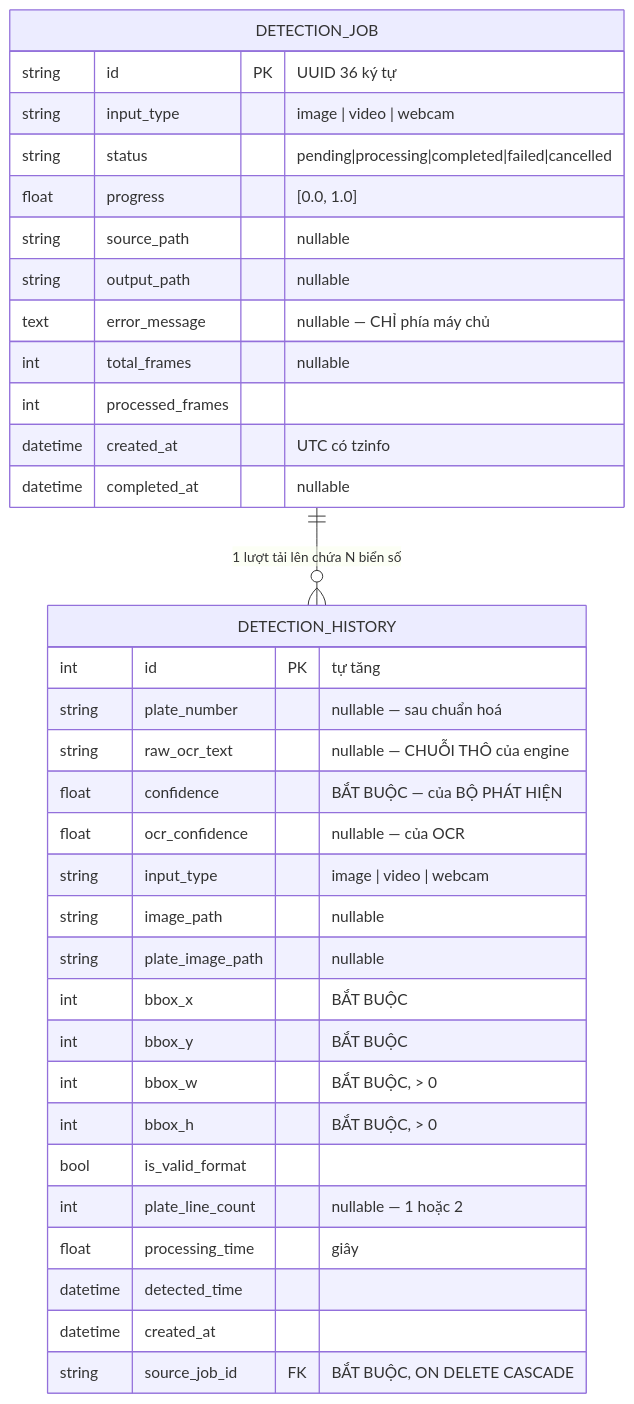
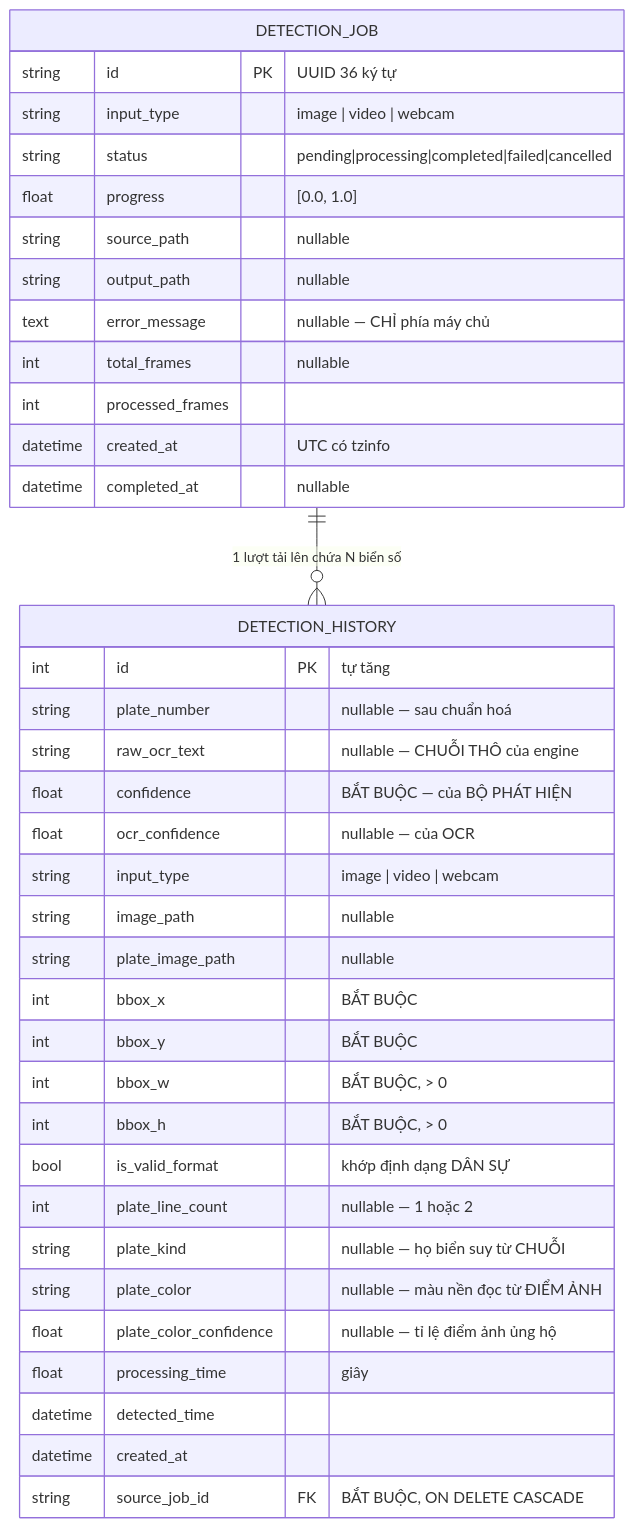
Before and after one commit to hieunguyen2604/alpr-do-an-mon-hoc: the second of 4 diagrams in docs/manuals/technical-manual.md, drawn with Mermaid. The commit also changed other lines of this file and 67 other files, not shown here.

First line of the commit message:
Sửa lỗi biển quân đội bị báo là biển dân sự hợp lệ; bổ sung demo đủ loại biển

````diff
--- a/docs/manuals/technical-manual.md
+++ b/docs/manuals/technical-manual.md
@@ -501,39 +508,42 @@
 ```mermaid
 erDiagram
     DETECTION_JOB ||--o{ DETECTION_HISTORY : "1 lượt tải lên chứa N biển số"
 
     DETECTION_JOB {
         string   id PK "UUID 36 ký tự"
         string   input_type "image | video | webcam"
         string   status "pending|processing|completed|failed|cancelled"
         float    progress "[0.0, 1.0]"
         string   source_path "nullable"
         string   output_path "nullable"
         text     error_message "nullable — CHỈ phía máy chủ"
         int      total_frames "nullable"
         int      processed_frames
         datetime created_at "UTC có tzinfo"
         datetime completed_at "nullable"
     }
 
     DETECTION_HISTORY {
         int      id PK "tự tăng"
         string   plate_number "nullable — sau chuẩn hoá"
         string   raw_ocr_text "nullable — CHUỖI THÔ của engine"
         float    confidence "BẮT BUỘC — của BỘ PHÁT HIỆN"
         float    ocr_confidence "nullable — của OCR"
         string   input_type "image | video | webcam"
         string   image_path "nullable"
         string   plate_image_path "nullable"
         int      bbox_x "BẮT BUỘC"
         int      bbox_y "BẮT BUỘC"
         int      bbox_w "BẮT BUỘC, > 0"
         int      bbox_h "BẮT BUỘC, > 0"
-        bool     is_valid_format
+        bool     is_valid_format "khớp định dạng DÂN SỰ"
         int      plate_line_count "nullable — 1 hoặc 2"
+        string   plate_kind "nullable — họ biển suy từ CHUỖI"
+        string   plate_color "nullable — màu nền đọc từ ĐIỂM ẢNH"
+        float    plate_color_confidence "nullable — tỉ lệ điểm ảnh ủng hộ"
         float    processing_time "giây"
         datetime detected_time
         datetime created_at
         string   source_job_id FK "BẮT BUỘC, ON DELETE CASCADE"
     }
 ```
````
